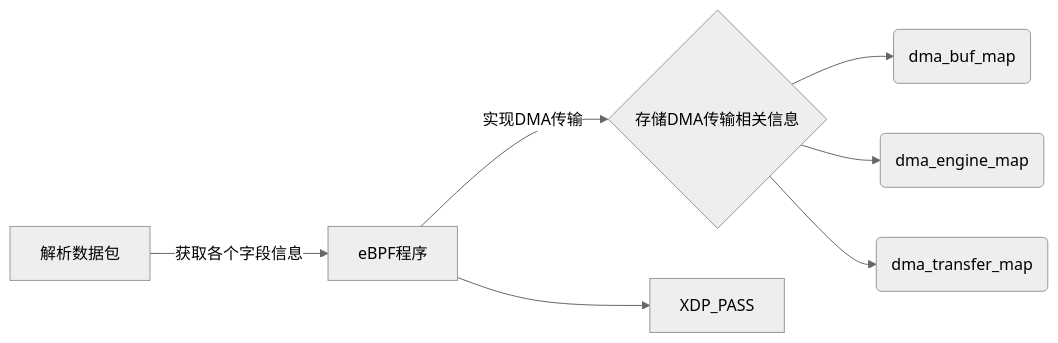
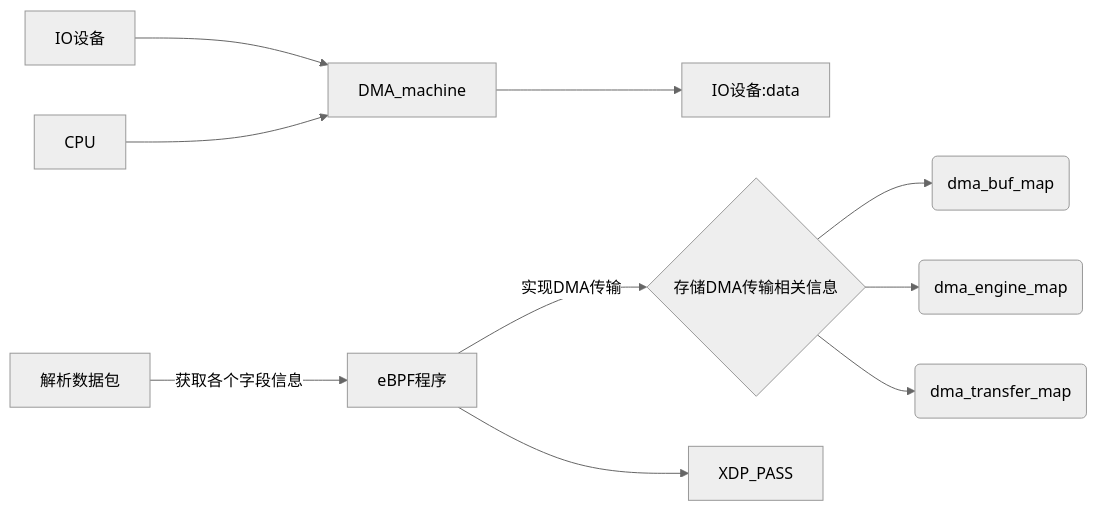
One commit to OSH-2023/x-FutureWithinBuzzyBees changed the diagram in docs/4.16 技术思路分享/技术分析.md. Above: the diagram before and after it, drawn with Mermaid (neutral theme).

Commit message:
<docs> DMA machine

````diff
--- a/docs/4.16 技术思路分享/技术分析.md
+++ b/docs/4.16 技术思路分享/技术分析.md
@@ -95,9 +95,12 @@
 ```mermaid
-graph LR
+    graph LR
+    IO设备 --> DMA_machine
+    CPU --> DMA_machine
+    DMA_machine --> IO设备:data
     A[解析数据包] -- 获取各个字段信息 --> B[eBPF程序]
     B -- 实现DMA传输 --> C{存储DMA传输相关信息}
     C --> D(dma_buf_map)
     C --> E(dma_engine_map)
     C --> F(dma_transfer_map)
     B --> G[XDP_PASS]
 ```
````
